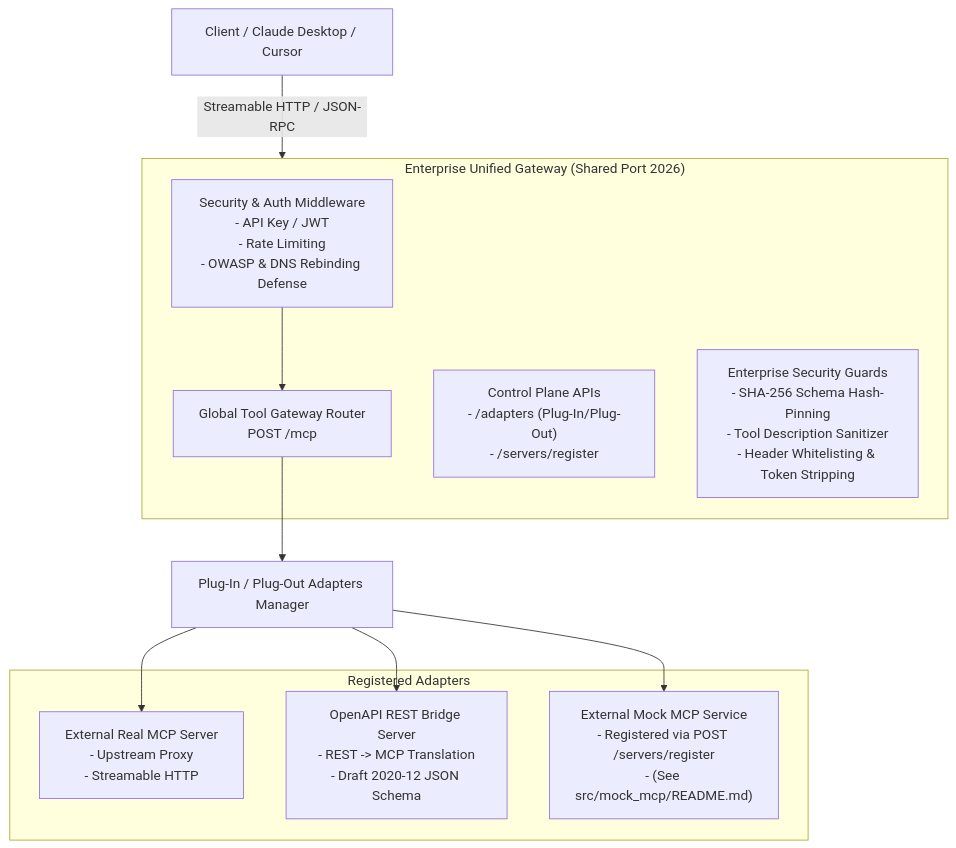
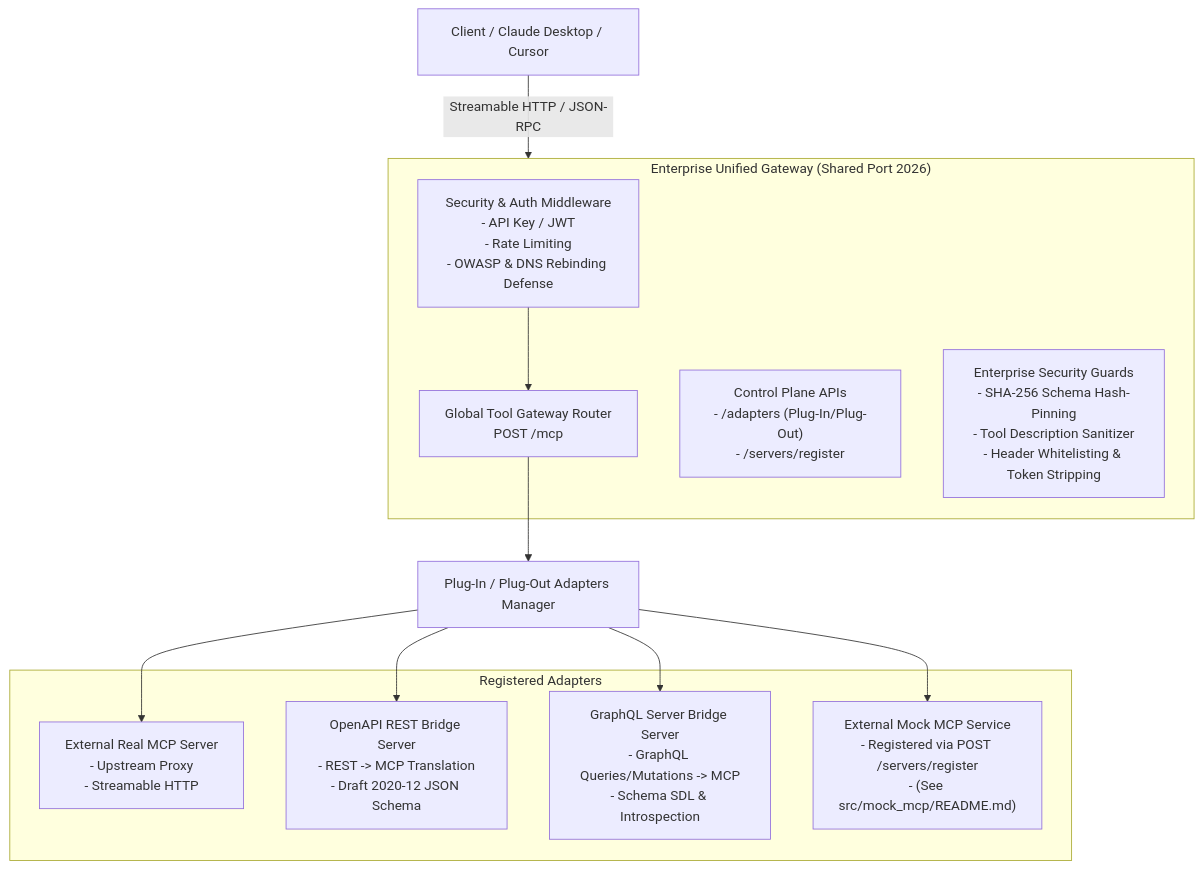
The diagram in README.md (phonhay103/mcp-gateway), drawn with Mermaid before and after one commit. The commit also changed other lines of this file and 8 other files, not shown here.

Commit message:
feat: Add GraphQL Server Bridge Adapter with dynamic schema parsing and tool registration

````diff
--- a/README.md
+++ b/README.md
@@ -9,23 +9,25 @@
 ```mermaid
 graph TD
     Client[Client / Claude Desktop / Cursor] -->|Streamable HTTP / JSON-RPC| Gateway["Enterprise Unified Gateway (:2026)"]
 
     subgraph Gateway ["Enterprise Unified Gateway (Shared Port 2026)"]
         Sec["Security & Auth Middleware<br/>- API Key / JWT<br/>- Rate Limiting<br/>- OWASP & DNS Rebinding Defense"] --> Router
         Router["Global Tool Gateway Router<br/>POST /mcp"]
         CP["Control Plane APIs<br/>- /adapters (Plug-In/Plug-Out)<br/>- /servers/register"]
         SecGuards["Enterprise Security Guards<br/>- SHA-256 Schema Hash-Pinning<br/>- Tool Description Sanitizer<br/>- Header Whitelisting & Token Stripping"]
     end
 
     Router --> AdaptersMgr["Plug-In / Plug-Out Adapters Manager"]
 
     subgraph Adapters ["Registered Adapters"]
         ExtProxy["External Real MCP Server<br/>- Upstream Proxy<br/>- Streamable HTTP"]
         OpenAPIBridge["OpenAPI REST Bridge Server<br/>- REST -> MCP Translation<br/>- Draft 2020-12 JSON Schema"]
+        GraphQLBridge["GraphQL Server Bridge Server<br/>- GraphQL Queries/Mutations -> MCP<br/>- Schema SDL & Introspection"]
         MockServer["External Mock MCP Service<br/>- Registered via POST /servers/register<br/>- (See src/mock_mcp/README.md)"]
     end
 
     AdaptersMgr --> ExtProxy
     AdaptersMgr --> OpenAPIBridge
+    AdaptersMgr --> GraphQLBridge
     AdaptersMgr --> MockServer
 ```
````
